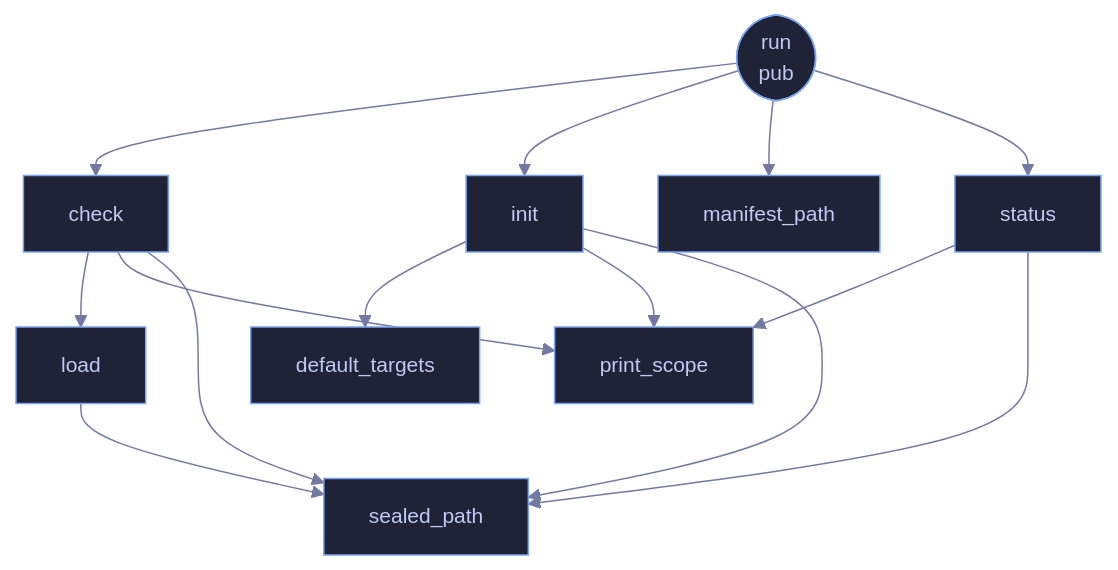
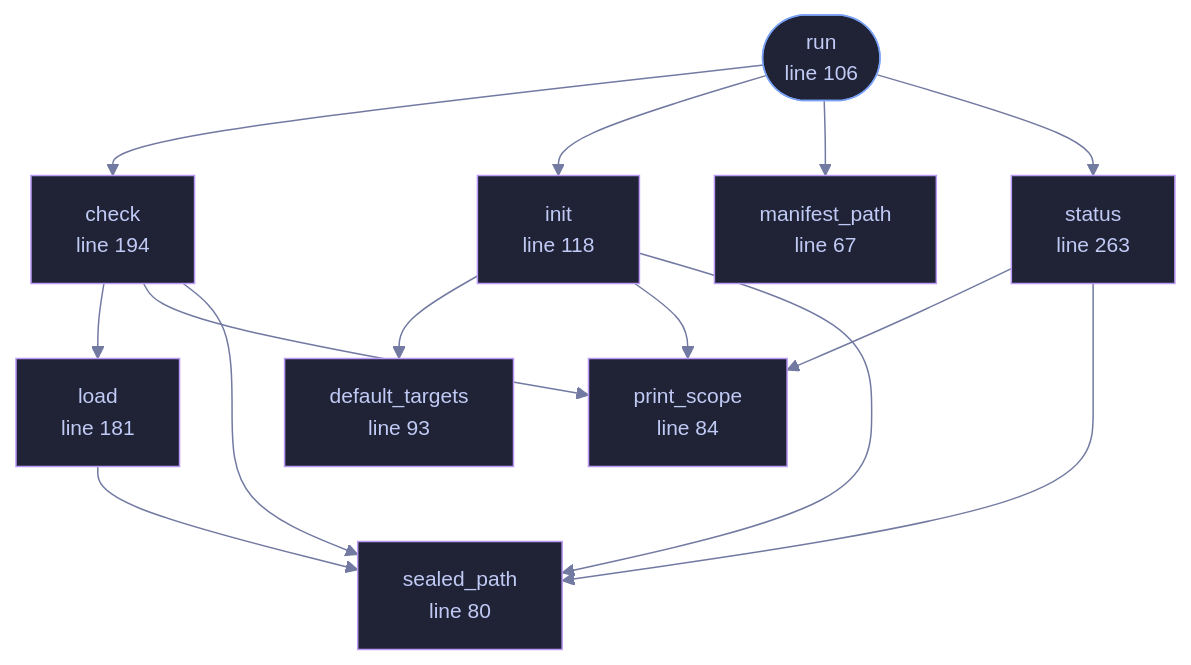
Before and after one commit to tilas01/veilvoice: the diagram in docs/files/veilvoice-cli/guard.md, drawn with Mermaid. The commit also changed other lines of this file and 182 other files, not shown here.

````diff
--- a/docs/files/veilvoice-cli/guard.md
+++ b/docs/files/veilvoice-cli/guard.md
@@ -70,26 +86,30 @@
 ```mermaid
 %%{init: {"theme":"base","themeVariables":{"background":"#1a1b26","primaryColor":"#1f2335","primaryTextColor":"#c0caf5","primaryBorderColor":"#7aa2f7","secondaryColor":"#16161e","tertiaryColor":"#16161e","lineColor":"#737aa2","textColor":"#c0caf5","mainBkg":"#1f2335","nodeBorder":"#7aa2f7","clusterBkg":"#16161e","clusterBorder":"#2f3549","fontFamily":"ui-monospace, SFMono-Regular, Consolas, monospace","fontSize":"14px"}}}%%
 flowchart TD
-    n_manifest_path["manifest_path"]
-    n_sealed_path["sealed_path"]
-    n_print_scope["print_scope"]
-    n_default_targets["default_targets"]
-    n_run(["run<br/>pub"])
-    n_init["init"]
-    n_load["load"]
-    n_check["check"]
-    n_status["status"]
+    n_manifest_path["manifest_path<br/>line 67"]
+    n_sealed_path["sealed_path<br/>line 80"]
+    n_print_scope["print_scope<br/>line 84"]
+    n_default_targets["default_targets<br/>line 93"]
+    n_run(["run<br/>line 106"])
+    n_init["init<br/>line 118"]
+    n_load["load<br/>line 181"]
+    n_check["check<br/>line 194"]
+    n_status["status<br/>line 263"]
     n_check --> n_load
     n_check --> n_print_scope
     n_check --> n_sealed_path
     n_init --> n_default_targets
     n_init --> n_print_scope
     n_init --> n_sealed_path
     n_load --> n_sealed_path
     n_run --> n_check
     n_run --> n_init
     n_run --> n_manifest_path
     n_run --> n_status
     n_status --> n_print_scope
     n_status --> n_sealed_path
+    classDef entry fill:#1f2335,stroke:#7aa2f7,color:#c0caf5
+    class n_run entry
+    classDef helper fill:#1f2335,stroke:#bb9af7,color:#c0caf5
+    class n_manifest_path,n_sealed_path,n_print_scope,n_default_targets,n_init,n_load,n_check,n_status helper
 ```
````
